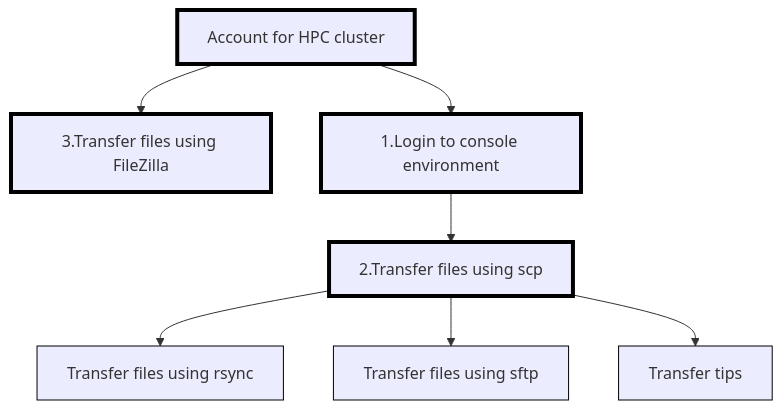
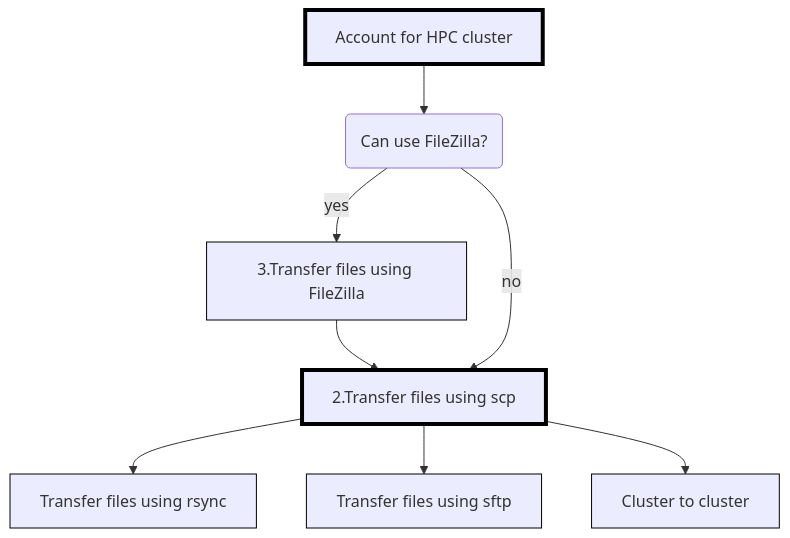
One commit to UPPMAX/naiss_file_transfer_course changed the diagram in docs/sessions/intro_file_transfer.md. Above: the diagram before and after it, drawn with Mermaid.

Commit message:
Update flowchart

````diff
--- a/docs/sessions/intro_file_transfer.md
+++ b/docs/sessions/intro_file_transfer.md
@@ -48,21 +48,23 @@
 ```mermaid
 flowchart TD
 
   classDef always stroke:#000,stroke-width:4px;
   classDef optional stroke:#000,stroke-width:1px;
 
   account[Account for HPC cluster]:::always
-  filezilla[3.Transfer files using FileZilla]:::always
-  login_console[1.Login to console environment]:::always
+  can_use_filezilla(Can use FileZilla?)
+  filezilla[3.Transfer files using FileZilla]:::optional
   scp[2.Transfer files using scp]:::always
   rsync[Transfer files using rsync]:::optional
   sftp[Transfer files using sftp]:::optional
-  transfer_tips[Transfer tips]:::optional
+  cluster_to_cluster[Cluster to cluster]:::optional
 
-  account --> filezilla
-  account --> login_console
-  login_console --> scp
+
+  account --> can_use_filezilla
+  can_use_filezilla --> |yes| filezilla
+  filezilla  --> scp
+  can_use_filezilla --> |no| scp
   scp --> rsync
   scp --> sftp
-  scp --> transfer_tips
+  scp --> cluster_to_cluster
 ```
````
